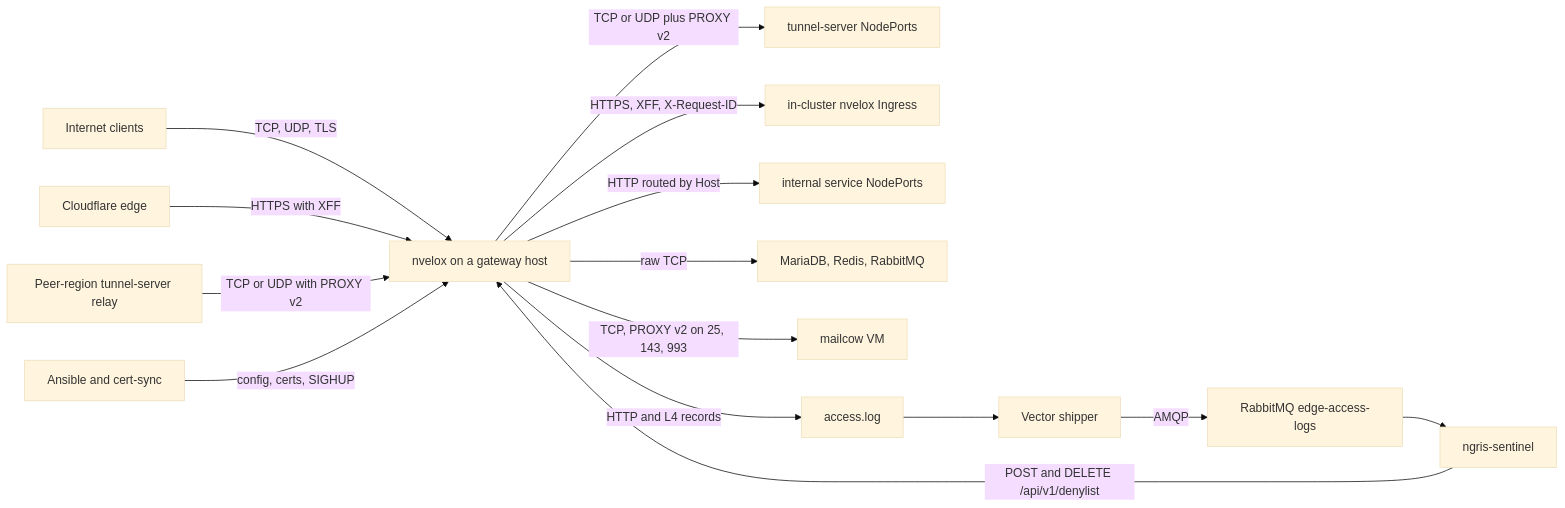
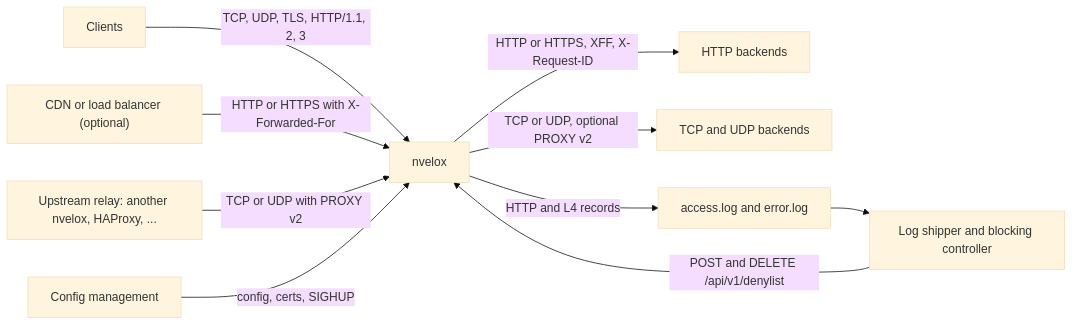
The first of 6 diagrams in docs/ARCHITECTURE.md (nvelox/nvelox), drawn with Mermaid (base theme) before and after one commit. The commit also changed other lines of this file and 20 other files, not shown here.

````diff
--- a/docs/ARCHITECTURE.md
+++ b/docs/ARCHITECTURE.md
@@ -19,32 +18,22 @@
 ```mermaid
 flowchart LR
-  internet["Internet clients"]
-  cf["Cloudflare edge"]
-  peer["Peer-region tunnel-server relay"]
-  nvelox["nvelox on a gateway host"]
-  ts["tunnel-server NodePorts"]
-  ingress["in-cluster nvelox Ingress"]
-  svc["internal service NodePorts"]
-  data["MariaDB, Redis, RabbitMQ"]
-  mail["mailcow VM"]
-  logf["access.log"]
-  vector["Vector shipper"]
-  rmq["RabbitMQ edge-access-logs"]
-  sentinel["ngris-sentinel"]
-  ops["Ansible and cert-sync"]
+  clients["Clients"]
+  cdn["CDN or load balancer (optional)"]
+  relay["Upstream relay: another nvelox, HAProxy, ..."]
+  nvelox["nvelox"]
+  http["HTTP backends"]
+  l4["TCP and UDP backends"]
+  logf["access.log and error.log"]
+  ctl["Log shipper and blocking controller"]
+  ops["Config management"]
 
-  internet -->|"TCP, UDP, TLS"| nvelox
-  cf -->|"HTTPS with XFF"| nvelox
-  peer -->|"TCP or UDP with PROXY v2"| nvelox
-  nvelox -->|"TCP or UDP plus PROXY v2"| ts
-  nvelox -->|"HTTPS, XFF, X-Request-ID"| ingress
-  nvelox -->|"HTTP routed by Host"| svc
-  nvelox -->|"raw TCP"| data
-  nvelox -->|"TCP, PROXY v2 on 25, 143, 993"| mail
+  clients -->|"TCP, UDP, TLS, HTTP/1.1, 2, 3"| nvelox
+  cdn -->|"HTTP or HTTPS with X-Forwarded-For"| nvelox
+  relay -->|"TCP or UDP with PROXY v2"| nvelox
+  nvelox -->|"HTTP or HTTPS, XFF, X-Request-ID"| http
+  nvelox -->|"TCP or UDP, optional PROXY v2"| l4
   nvelox -->|"HTTP and L4 records"| logf
-  logf --> vector
-  vector -->|AMQP| rmq
-  rmq --> sentinel
-  sentinel -->|"POST and DELETE /api/v1/denylist"| nvelox
+  logf --> ctl
+  ctl -->|"POST and DELETE /api/v1/denylist"| nvelox
   ops -->|"config, certs, SIGHUP"| nvelox
 ```
````
